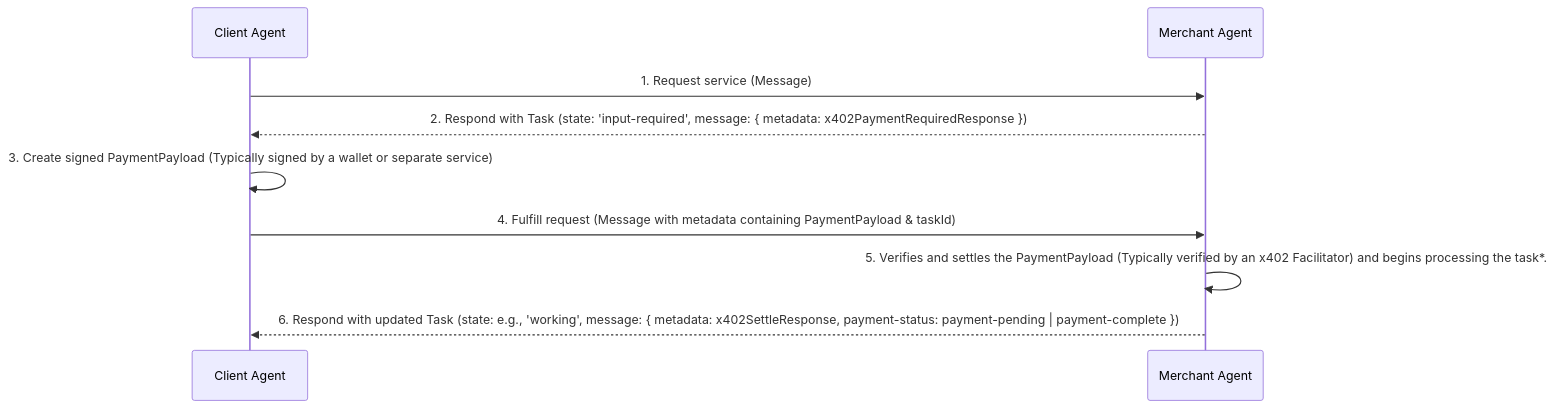
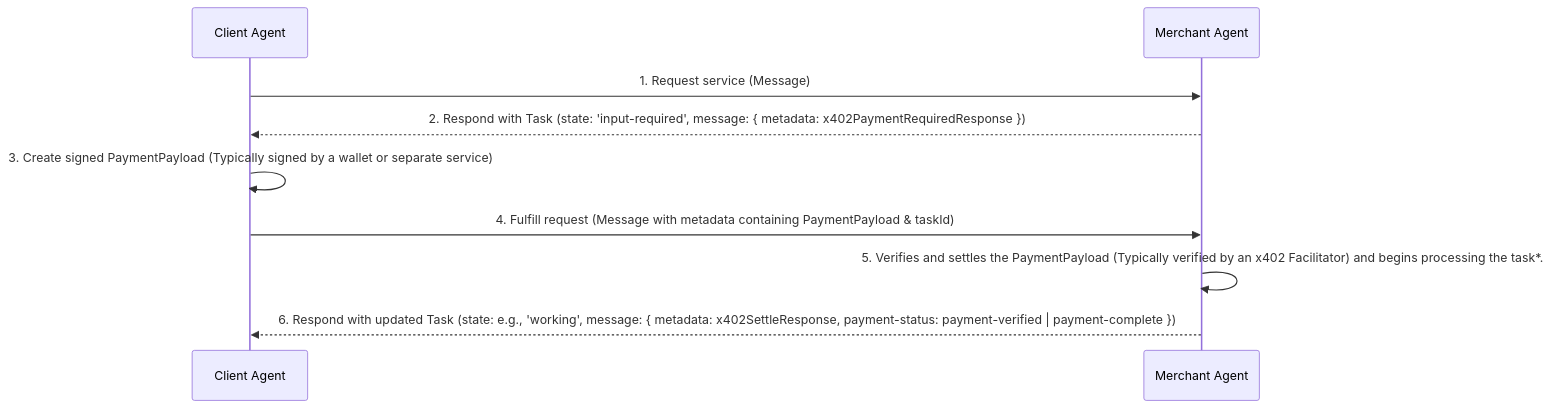
The first of 2 diagrams in v0.1/spec.md (google-agentic-commerce/a2a-x402), drawn with Mermaid before and after one commit. The commit also changed other lines of this file, not shown here.

Commit message:
Update spec.md to use PAYMENT_VERIFIED instead of PAYMENT_PENDING

````diff
--- a/v0.1/spec.md
+++ b/v0.1/spec.md
@@ -77,12 +77,12 @@
 ```mermaid
 sequenceDiagram
     participant Client Agent
     participant Merchant Agent
     Client Agent->>Merchant Agent: 1. Request service (Message)
     Merchant Agent-->>Client Agent: 2. Respond with Task (state: 'input-required', message: { metadata: x402PaymentRequiredResponse })
     Client Agent->>Client Agent: 3. Create signed PaymentPayload (Typically signed by a wallet or separate service)
     Client Agent->>Merchant Agent: 4. Fulfill request (Message with metadata containing PaymentPayload & taskId)
     Merchant Agent->>Merchant Agent: 5. Verifies and settles the PaymentPayload (Typically verified by an x402 Facilitator) and begins processing the task*.
-    Merchant Agent-->>Client Agent: 6. Respond with updated Task (state: e.g., 'working', message: { metadata: x402SettleResponse, payment-status: payment-pending | payment-complete })
+    Merchant Agent-->>Client Agent: 6. Respond with updated Task (state: e.g., 'working', message: { metadata: x402SettleResponse, payment-status: payment-verified | payment-complete })
 
 ```
````
